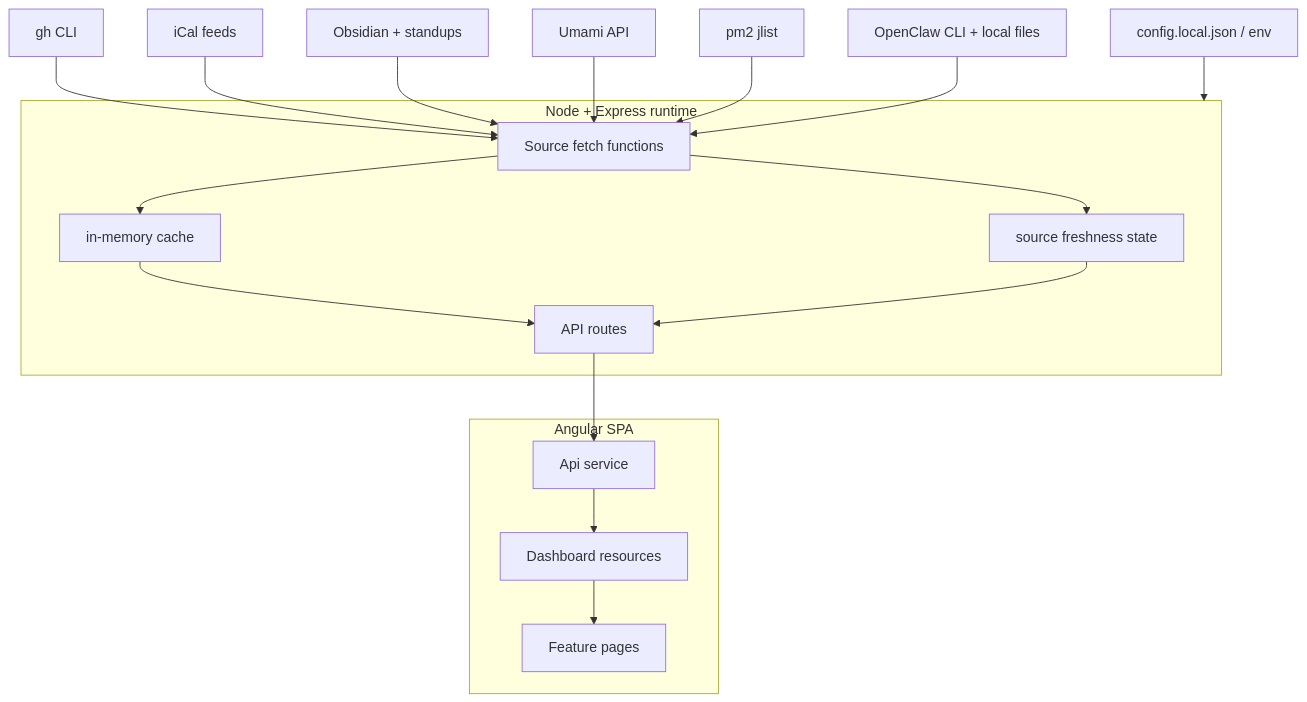
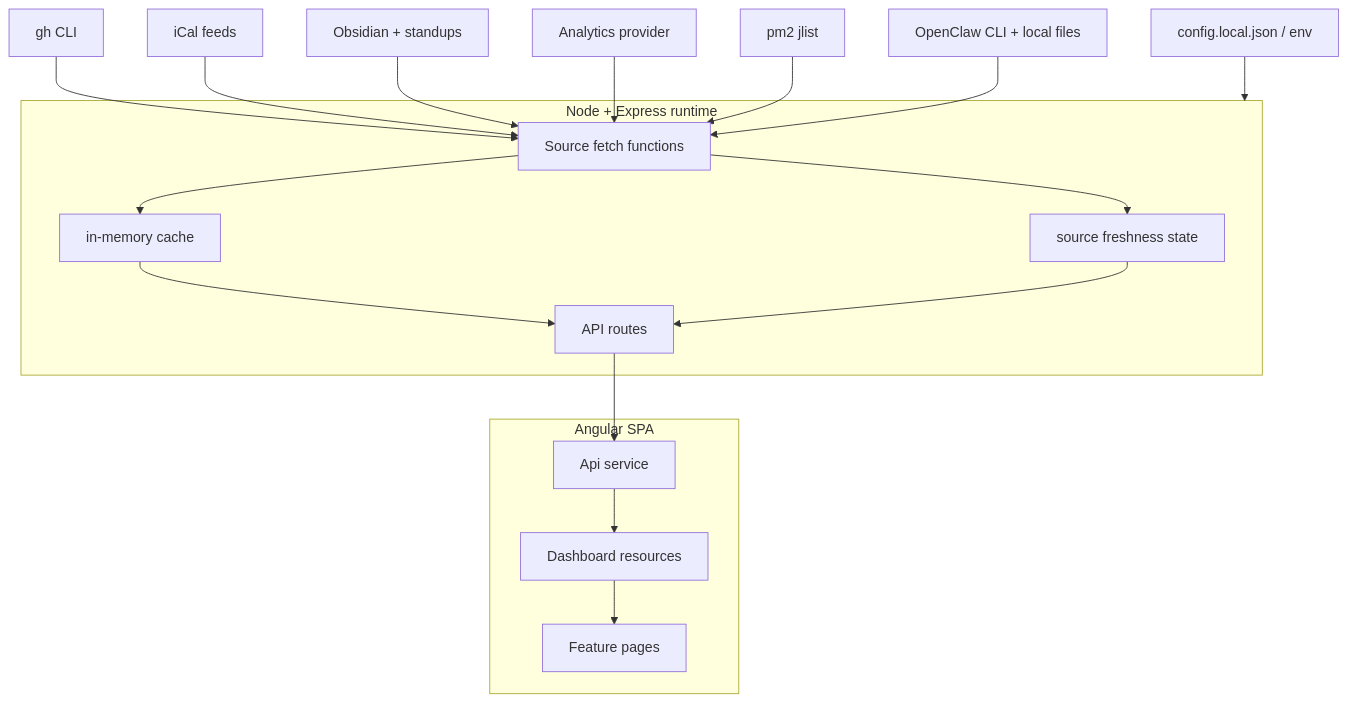
Before and after one commit to DamageLabs/command-center: the sixth of 6 diagrams in docs/System-Design.md, drawn with Mermaid. The commit also changed other lines of this file, not shown here.

Commit message:
docs: remove analytics provider specifics from system design

````diff
--- a/docs/System-Design.md
+++ b/docs/System-Design.md
@@ -526,33 +523,33 @@
 ```mermaid
 flowchart TD
   Config[config.local.json / env] --> Backend
 
   subgraph Backend[Node + Express runtime]
     Fetchers[Source fetch functions]
     Cache[in-memory cache]
     SourceState[source freshness state]
     Routes[API routes]
   end
 
   GH[gh CLI] --> Fetchers
   CAL[iCal feeds] --> Fetchers
   OBS[Obsidian + standups] --> Fetchers
-  UMAMI[Umami API] --> Fetchers
+  ANALYTICS[Analytics provider] --> Fetchers
   PM2[pm2 jlist] --> Fetchers
   OC[OpenClaw CLI + local files] --> Fetchers
 
   Fetchers --> Cache
   Fetchers --> SourceState
   Cache --> Routes
   SourceState --> Routes
 
   subgraph Frontend[Angular SPA]
     API[Api service]
     Resources[Dashboard resources]
     Pages[Feature pages]
   end
 
   Routes --> API
   API --> Resources
   Resources --> Pages
 ```
````
